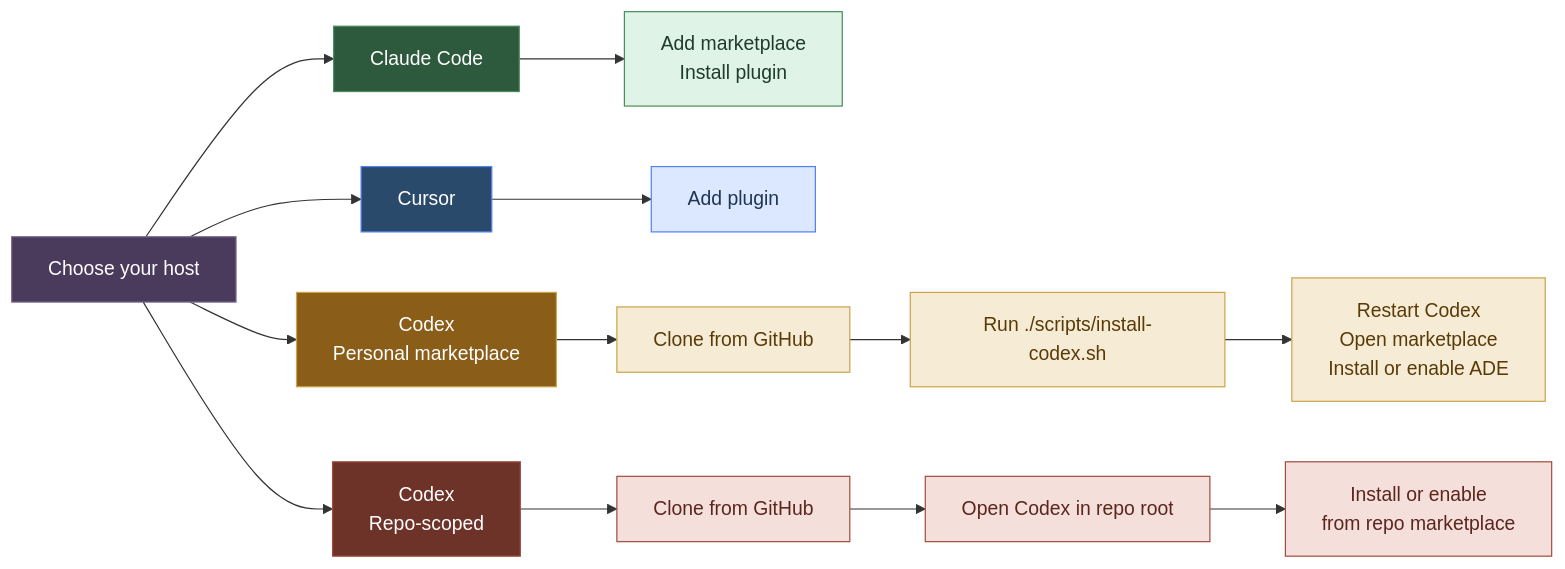
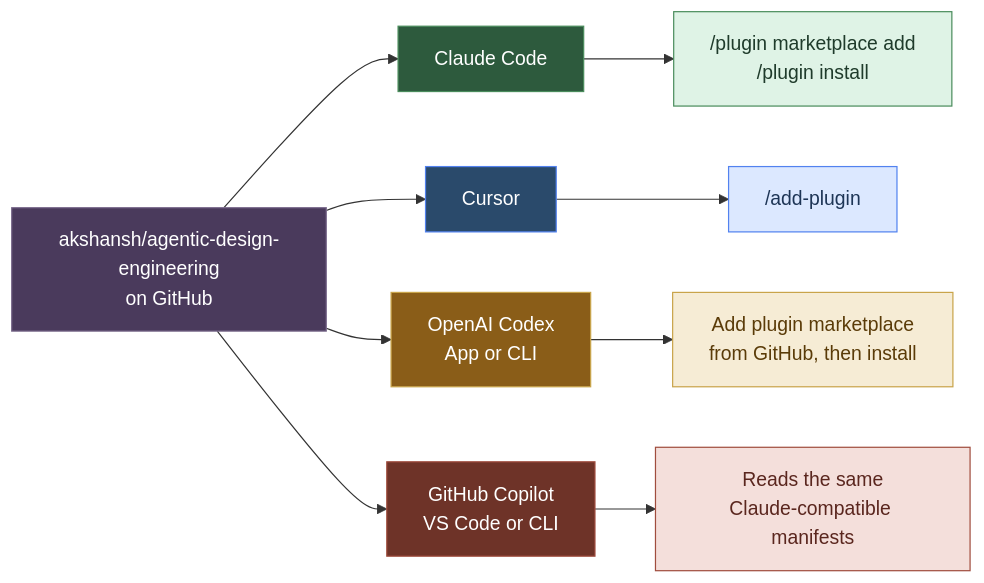
One commit to akshansh/agentic-design-engineering changed the first of 4 diagrams in README.md. Above: the diagram before and after it, drawn with Mermaid. The commit also changed other lines of this file, not shown here.

First line of the commit message:
Modernize installation docs: direct GitHub installs for Codex and Copilot, v3.2 alignment

````diff
--- a/README.md
+++ b/README.md
@@ -25,30 +27,22 @@
 ```mermaid
 flowchart LR
-    Start["Choose your host"] --> Claude["Claude Code"]
-    Start --> Cursor["Cursor"]
-    Start --> CodexPersonal["Codex<br/>Personal marketplace"]
-    Start --> CodexRepo["Codex<br/>Repo-scoped"]
+    Repo["akshansh/agentic-design-engineering<br/>on GitHub"] --> Claude["Claude Code"]
+    Repo --> Cursor["Cursor"]
+    Repo --> Codex["OpenAI Codex<br/>App or CLI"]
+    Repo --> Copilot["GitHub Copilot<br/>VS Code or CLI"]
 
-    Claude --> ClaudeInstall["Add marketplace<br/>Install plugin"]
-    Cursor --> CursorInstall["Add plugin"]
-    CodexPersonal --> Clone["Clone from GitHub"]
-    Clone --> Script["Run ./scripts/install-codex.sh"]
-    Script --> Enable["Restart Codex<br/>Open marketplace<br/>Install or enable ADE"]
-    CodexRepo --> RepoClone["Clone from GitHub"]
-    RepoClone --> OpenRepo["Open Codex in repo root"]
-    OpenRepo --> RepoEnable["Install or enable<br/>from repo marketplace"]
+    Claude --> C1["/plugin marketplace add<br/>/plugin install"]
+    Cursor --> C2["/add-plugin"]
+    Codex --> C3["Add plugin marketplace<br/>from GitHub, then install"]
+    Copilot --> C4["Reads the same<br/>Claude-compatible manifests"]
 
-    style Start fill:#4a3a5c,stroke:#7a6a8c,color:#fff
+    style Repo fill:#4a3a5c,stroke:#7a6a8c,color:#fff
     style Claude fill:#2d5a3d,stroke:#4a8c5c,color:#fff
-    style ClaudeInstall fill:#dff3e6,stroke:#4a8c5c,color:#1f3b2b
+    style C1 fill:#dff3e6,stroke:#4a8c5c,color:#1f3b2b
     style Cursor fill:#2a4a6b,stroke:#5282ef,color:#fff
-    style CursorInstall fill:#dce8ff,stroke:#5282ef,color:#1e3556
-    style CodexPersonal fill:#8a5d18,stroke:#c9a44a,color:#fff
-    style Clone fill:#f6ecd5,stroke:#c9a44a,color:#5a3b08
-    style Script fill:#f6ecd5,stroke:#c9a44a,color:#5a3b08
-    style Enable fill:#f6ecd5,stroke:#c9a44a,color:#5a3b08
-    style CodexRepo fill:#6e3328,stroke:#a04d3e,color:#fff
-    style RepoClone fill:#f4dfdb,stroke:#a04d3e,color:#5a261e
-    style OpenRepo fill:#f4dfdb,stroke:#a04d3e,color:#5a261e
-    style RepoEnable fill:#f4dfdb,stroke:#a04d3e,color:#5a261e
+    style C2 fill:#dce8ff,stroke:#5282ef,color:#1e3556
+    style Codex fill:#8a5d18,stroke:#c9a44a,color:#fff
+    style C3 fill:#f6ecd5,stroke:#c9a44a,color:#5a3b08
+    style Copilot fill:#6e3328,stroke:#a04d3e,color:#fff
+    style C4 fill:#f4dfdb,stroke:#a04d3e,color:#5a261e
 ```
````
